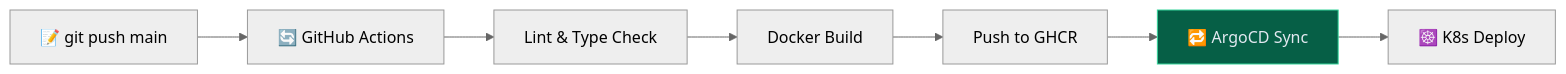
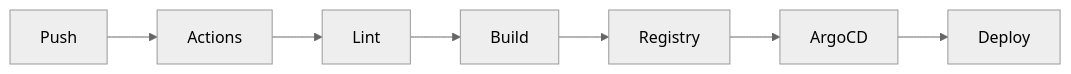
One commit to Luff-Org/Luff-Boilerplate changed the eighth of 8 diagrams in NOTES.md. Above: the diagram before and after it, drawn with Mermaid (neutral theme). The commit also changed other lines of this file and 4 other files, not shown here.

Commit message:
fix(docs): rewrite all mermaid diagrams with ultra-short labels for GitHub rendering

````diff
--- a/NOTES.md
+++ b/NOTES.md
@@ -313,11 +246,9 @@
 ```mermaid
 flowchart LR
-  A["📝 git push main"] --> B["🔄 GitHub Actions"]
-  B --> C["Lint & Type Check"]
-  C --> D["Docker Build"]
-  D --> E["Push to GHCR"]
-  E --> F["🔁 ArgoCD Sync"]
-  F --> G["☸️ K8s Deploy"]
-
-  style F fill:#065f46,stroke:#34d399,color:#e2e8f0
+  Push[Push] --> CI[Actions]
+  CI --> Lint
+  Lint --> Build
+  Build --> GHCR[Registry]
+  GHCR --> Argo[ArgoCD]
+  Argo --> K8s[Deploy]
 ```
````
